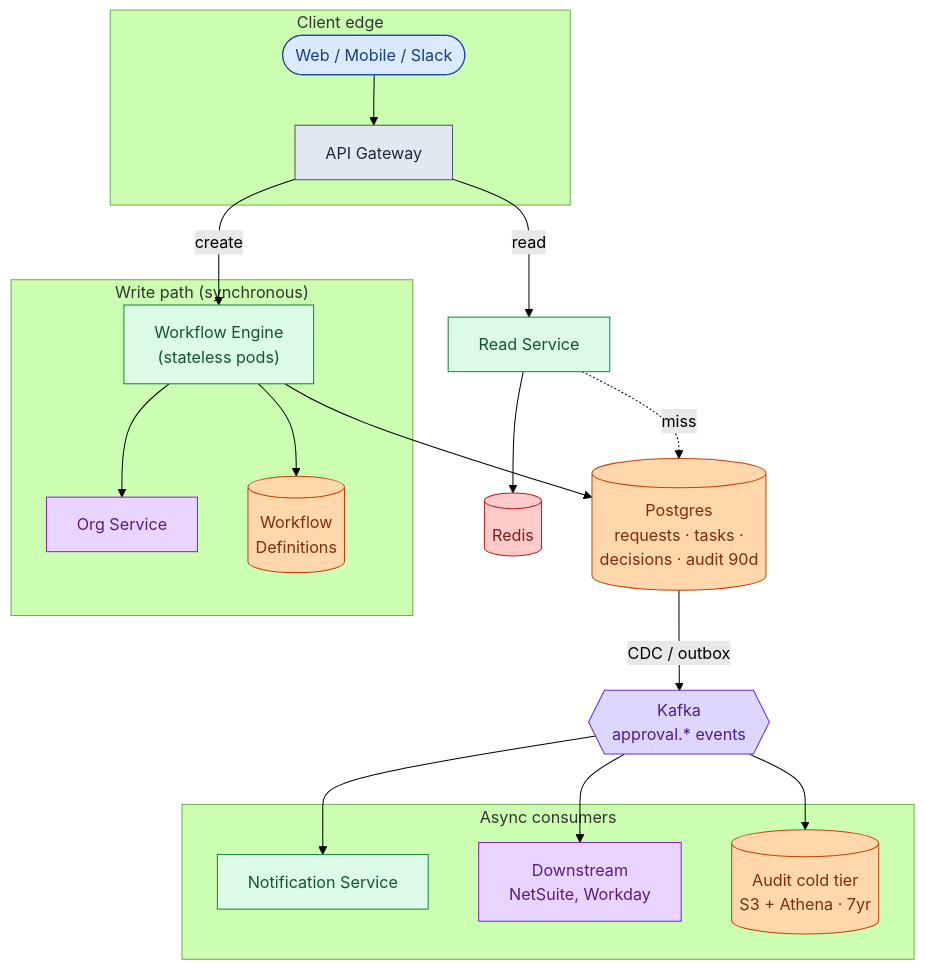
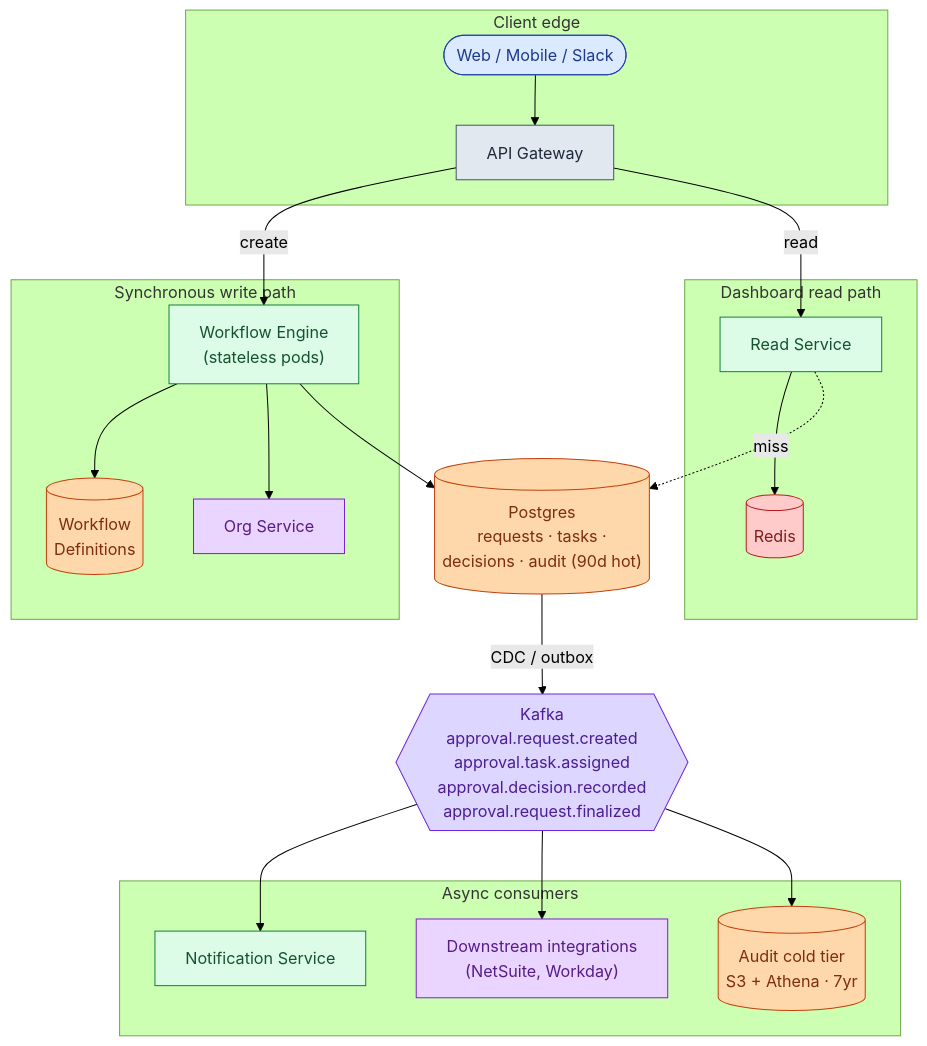
Before and after one commit to shiningflash/shiningflash.github.io: the tenth of 17 diagrams in _practice/system-design/011-approval-management.md, drawn with Mermaid (forest theme). The commit also changed other lines of this file and 18 other files, not shown here.

````diff
--- a/_practice/system-design/011-approval-management.md
+++ b/_practice/system-design/011-approval-management.md
@@ -294,47 +430,49 @@
 ```mermaid
 flowchart TB
     subgraph Edge["Client edge"]
         C([Web / Mobile / Slack]):::user
         GW["API Gateway"]:::edge
     end
 
-    subgraph WritePath["Write path (synchronous)"]
+    subgraph WritePath["Synchronous write path"]
         E["Workflow Engine<br/>(stateless pods)"]:::app
         O["Org Service"]:::ext
         Defs[("Workflow<br/>Definitions")]:::db
     end
 
-    DB[("Postgres<br/>requests · tasks ·<br/>decisions · audit 90d")]:::db
+    DB[("Postgres<br/>requests · tasks ·<br/>decisions · audit (90d hot)")]:::db
 
-    R["Read Service"]:::app
-    Cache[("Redis")]:::cache
+    subgraph ReadPath["Dashboard read path"]
+        R["Read Service"]:::app
+        Cache[("Redis")]:::cache
+    end
 
-    K{{"Kafka<br/>approval.* events"}}:::queue
+    K{{"Kafka<br/>approval.request.created<br/>approval.task.assigned<br/>approval.decision.recorded<br/>approval.request.finalized"}}:::queue
 
     subgraph Consumers["Async consumers"]
         N["Notification Service"]:::app
-        I["Downstream<br/>NetSuite, Workday"]:::ext
-        A[("Audit cold tier<br/>S3 + Athena · 7yr")]:::db
+        I["Downstream integrations<br/>(NetSuite, Workday)"]:::ext
+        Cold[("Audit cold tier<br/>S3 + Athena · 7yr")]:::db
     end
 
     C --> GW
     GW -->|create| E
     GW -->|read| R
     E --> Defs
     E --> O
     E --> DB
     R --> Cache
     R -.miss.-> DB
     DB -->|CDC / outbox| K
     K --> N
     K --> I
-    K --> A
+    K --> Cold
 
     classDef user fill:#dbeafe,stroke:#1e40af,color:#1e3a8a
     classDef edge fill:#e2e8f0,stroke:#475569,color:#1e293b
     classDef app fill:#dcfce7,stroke:#15803d,color:#14532d
     classDef db fill:#fed7aa,stroke:#c2410c,color:#7c2d12
     classDef cache fill:#fecaca,stroke:#b91c1c,color:#7f1d1d
     classDef queue fill:#ddd6fe,stroke:#6d28d9,color:#4c1d95
     classDef ext fill:#e9d5ff,stroke:#7e22ce,color:#581c87
 ```
````
